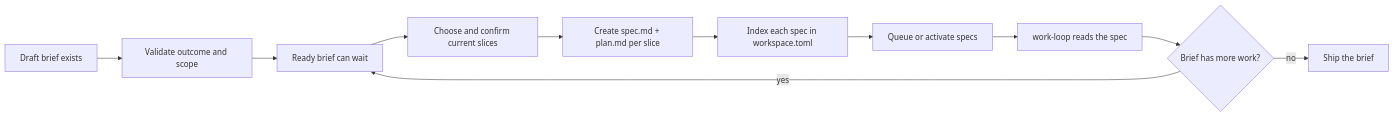
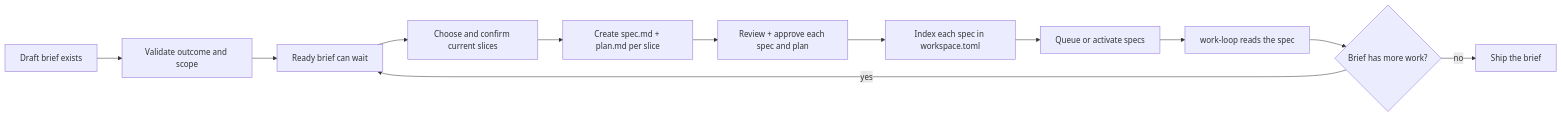
One commit to eugenelim/agent-ready-repo changed the fourth of 4 diagrams in docs/architecture/work-intake-and-artifact-routing.md. Above: the diagram before and after it, drawn with Mermaid. The commit also changed other lines of this file and 5 other files, not shown here.

````diff
--- a/docs/architecture/work-intake-and-artifact-routing.md
+++ b/docs/architecture/work-intake-and-artifact-routing.md
@@ -178,13 +198,16 @@
 ```mermaid
 flowchart LR
+  accTitle: Brief-to-delivery lifecycle
+  accDescr: A brief may remain Ready until slices are selected; each slice becomes an approved spec and plan before it can enter work-loop.
   B[Draft brief exists] --> V[Validate outcome and scope]
   V --> R[Ready brief can wait]
   R --> C[Choose and confirm current slices]
   C --> S[Create spec.md + plan.md per slice]
-  S --> I[Index each spec in workspace.toml]
+  S --> A[Review + approve each spec and plan]
+  A --> I[Index each spec in workspace.toml]
   I --> Q[Queue or activate specs]
   Q --> W[work-loop reads the spec]
   W --> D{Brief has more work?}
   D -->|yes| R
   D -->|no| H[Ship the brief]
 ```
````
